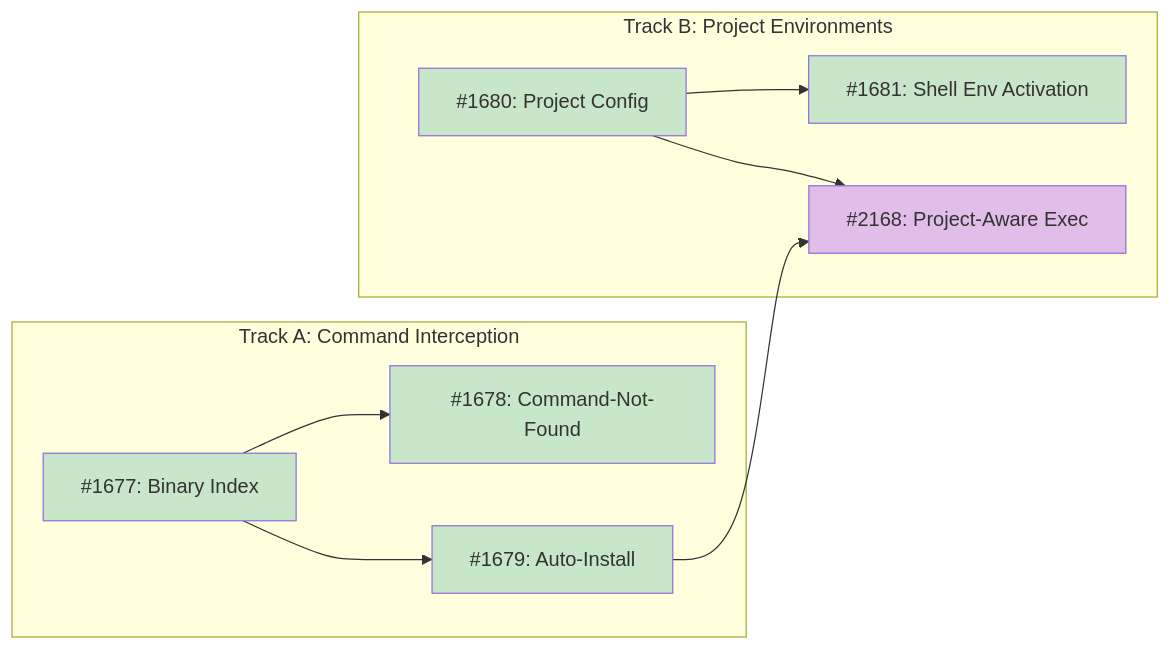
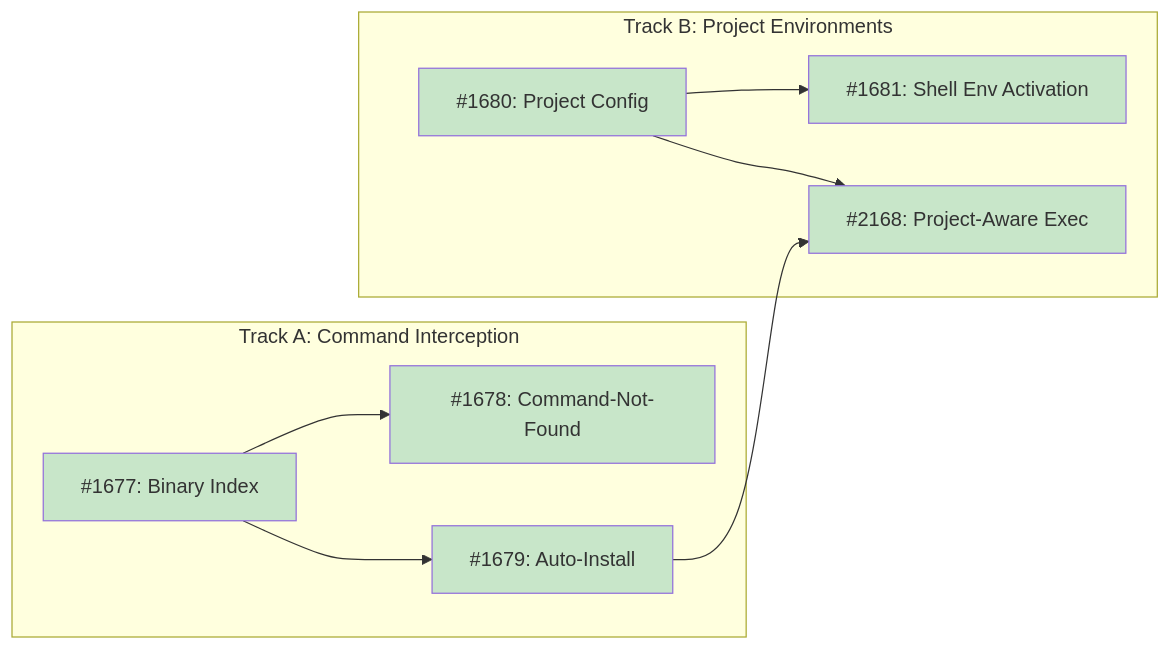
The diagram in docs/designs/DESIGN-shell-integration-building-blocks.md (tsukumogami/tsuku), drawn with Mermaid before and after one commit. The commit also changed other lines of this file and 13 other files, not shown here.

````diff
--- a/docs/designs/DESIGN-shell-integration-building-blocks.md
+++ b/docs/designs/DESIGN-shell-integration-building-blocks.md
@@ -38,32 +38,32 @@
 ```mermaid
 graph LR
     subgraph TrackA["Track A: Command Interception"]
         I1677["#1677: Binary Index"]
         I1678["#1678: Command-Not-Found"]
         I1679["#1679: Auto-Install"]
     end
 
     subgraph TrackB["Track B: Project Environments"]
         I1680["#1680: Project Config"]
         I1681["#1681: Shell Env Activation"]
         I2168["#2168: Project-Aware Exec"]
     end
 
     I1677 --> I1678
     I1677 --> I1679
     I1680 --> I1681
     I1679 --> I2168
     I1680 --> I2168
 
     classDef done fill:#c8e6c9
     classDef ready fill:#bbdefb
     classDef blocked fill:#fff9c4
     classDef needsDesign fill:#e1bee7
 
     class I1677 done
     class I1680 done
     class I1678 done
     class I1679 done
     class I1681 done
-    class I2168 needsDesign
+    class I2168 done
 ```
````
